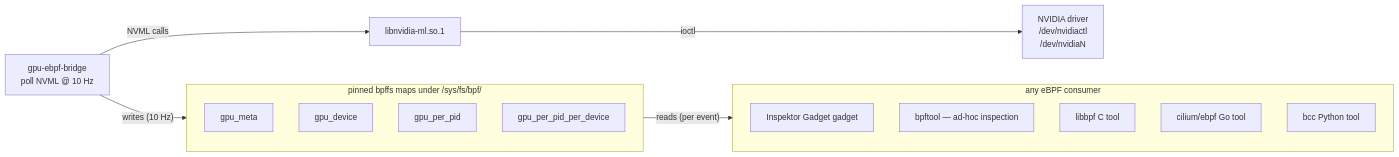
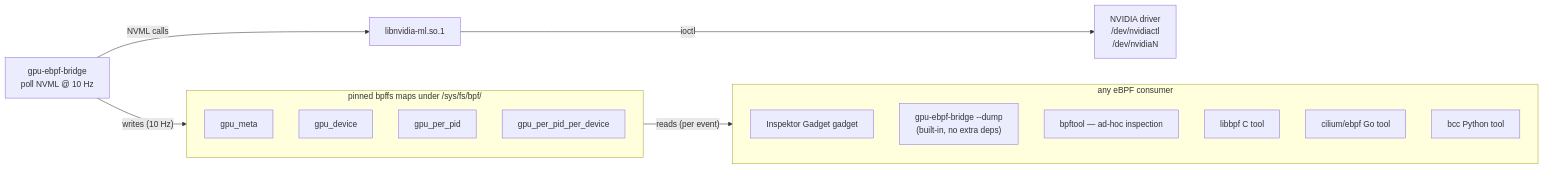
One commit to alban/gpu-ebpf-bridge changed the diagram in README.md. Above: the diagram before and after it, drawn with Mermaid. The commit also changed other lines of this file, not shown here.

First line of the commit message:
doc: document --dump as the no-deps inspection workflow

````diff
--- a/README.md
+++ b/README.md
@@ -20,28 +20,29 @@
 ```mermaid
 flowchart LR
     driver["NVIDIA driver<br/>/dev/nvidiactl<br/>/dev/nvidiaN"]
     nvml["libnvidia-ml.so.1"]
     bridge["gpu-ebpf-bridge<br/>poll NVML @ 10 Hz"]
 
     subgraph bpffs["pinned bpffs maps under /sys/fs/bpf/"]
         direction TB
         mapMeta[gpu_meta]
         mapDev[gpu_device]
         mapPid[gpu_per_pid]
         mapPidDev[gpu_per_pid_per_device]
     end
 
     subgraph consumers["any eBPF consumer"]
         direction TB
         ig[Inspektor Gadget gadget]
+        dump["gpu-ebpf-bridge --dump<br/>(built-in, no extra deps)"]
         bpftool["bpftool — ad-hoc inspection"]
         libbpfTool[libbpf C tool]
         ce[cilium/ebpf Go tool]
         bcc[bcc Python tool]
     end
 
     bridge -- NVML calls --> nvml
     nvml -- ioctl --> driver
     bridge -- "writes (10 Hz)" --> bpffs
     bpffs -- "reads (per event)" --> consumers
 ```
````
